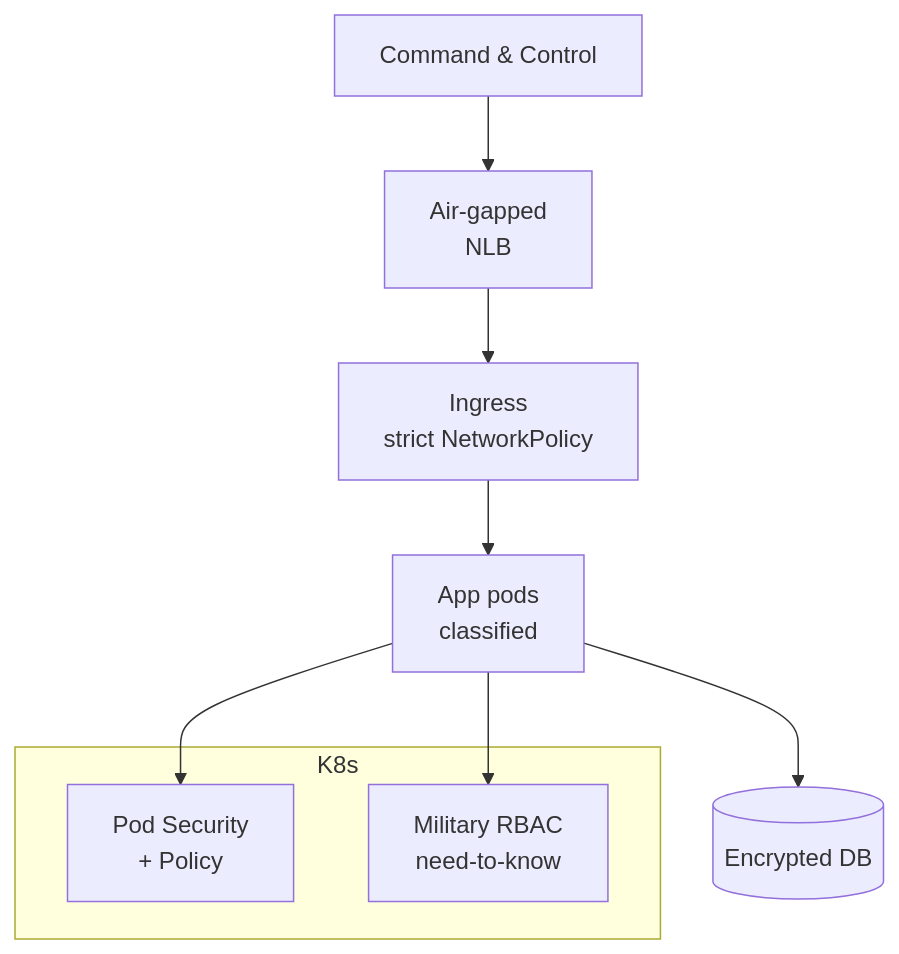
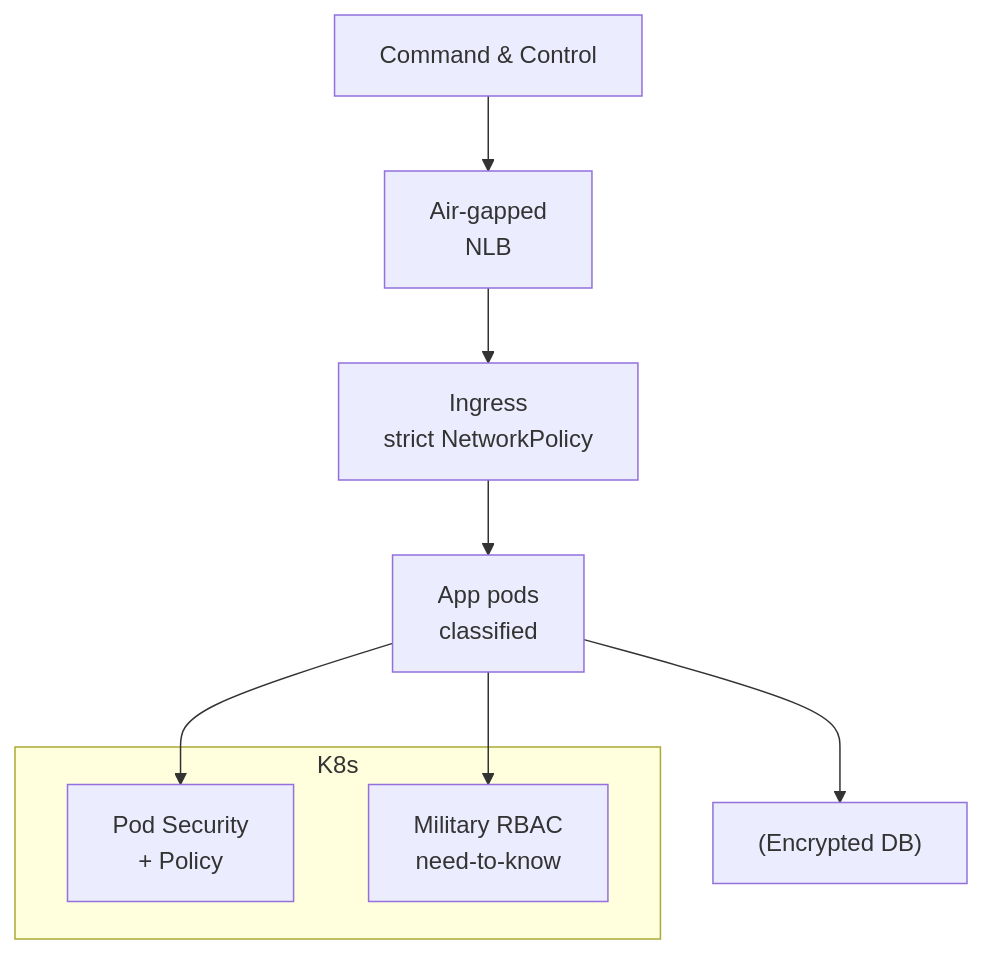
The diagram in 17-company-cases/dod.md (WhoisMonesh/K8S-Everything), drawn with Mermaid before and after one commit. The commit also changed 62 other files, not shown here.

First line of the commit message:
Fix all Mermaid diagrams for GitHub compatibility

````diff
--- a/17-company-cases/dod.md
+++ b/17-company-cases/dod.md
@@ -24,13 +24,13 @@
 ```mermaid
 graph TD
     C4[Command &amp; Control] --> LB[Air-gapped<br/>NLB]
     LB --> Ingress[Ingress<br/>strict NetworkPolicy]
     Ingress --> App[App pods<br/>classified]
-    App --> DB[(Encrypted DB)]
-    subgraph K8s
+    App --> DB["(Encrypted DB)"]
+    subgraph "K8s"
         PSP[Pod Security<br/>+ Policy]
         RBAC[Military RBAC<br/>need-to-know]
     end
     App --> PSP
     App --> RBAC
 ```
````
